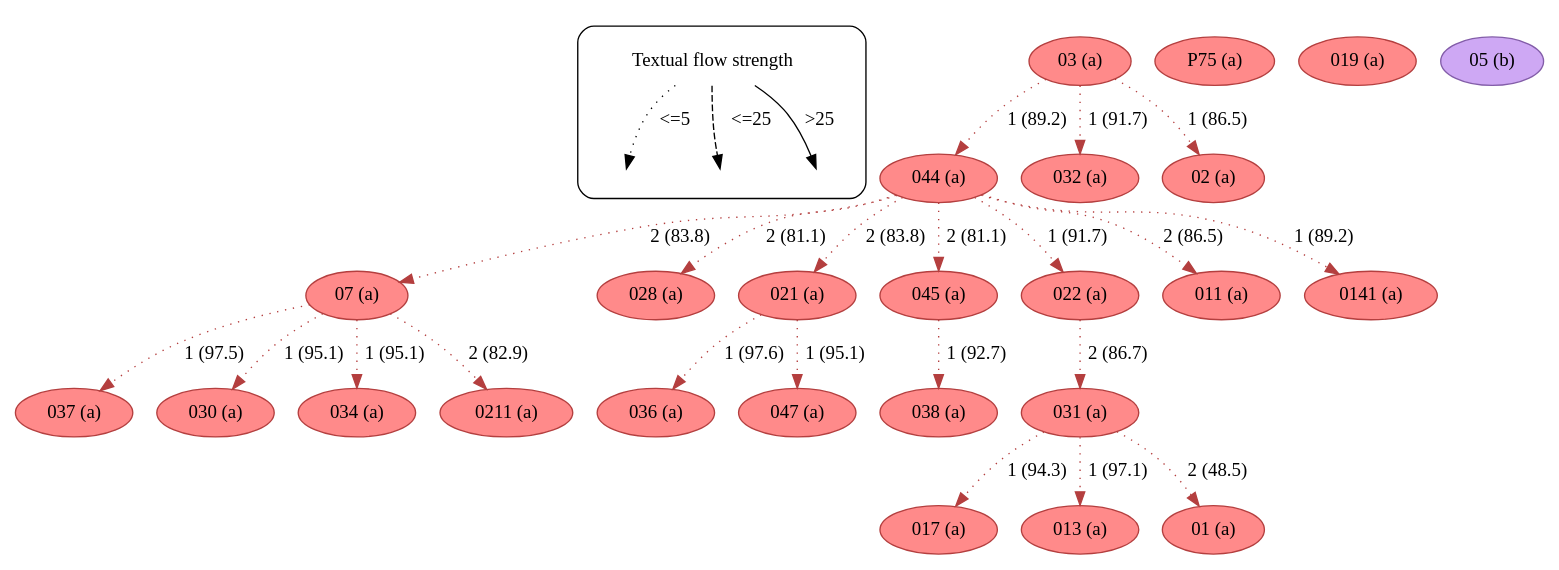
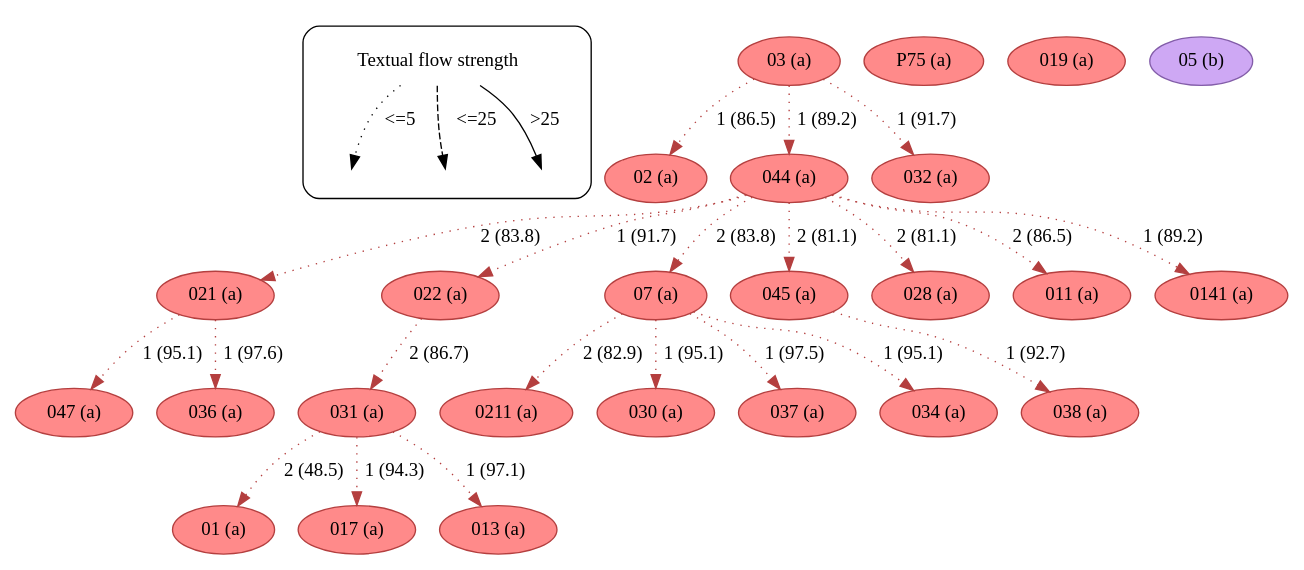
Before and after one commit to edmondac/CBGM: the diagram in example/c2/textual_flow_24_30-38_c2.dot, drawn with Graphviz. The commit also changed other lines of this file and 164 other files, not shown here.

```diff
--- a/example/c2/textual_flow_24_30-38_c2.dot
+++ b/example/c2/textual_flow_24_30-38_c2.dot
@@ -1,189 +1,189 @@
 strict digraph  {
 	node [label="\N"];
 	subgraph cluster_legend {
 		graph [style=rounded];
 		leg_s		 [label="Textual flow strength",
 			shape=plaintext];
 		leg_e1		 [fixedsize=True,
 			height=0.2,
 			label="",
 			style=invis];
 		leg_s -> leg_e1		 [label="<=5  ",
 			style=dotted];
 		leg_e2		 [fixedsize=True,
 			height=0.2,
 			label="",
 			style=invis];
 		leg_s -> leg_e2		 [label="  <=25",
 			style=dashed];
 		leg_e3		 [fixedsize=True,
 			height=0.2,
 			label="",
 			style=invis];
 		leg_s -> leg_e3		 [label=">25",
 			style=solid];
 	}
+	03	 [color="#b43f3f",
+		fillcolor="#FF8A8A",
+		label="03 (a)",
+		style=filled];
+	02	 [color="#b43f3f",
+		fillcolor="#FF8A8A",
+		label="02 (a)",
+		style=filled];
+	03 -> 02	 [color="#b43f3f",
+		label="1 (86.5)",
+		style=dotted];
 	044	 [color="#b43f3f",
 		fillcolor="#FF8A8A",
 		label="044 (a)",
 		style=filled];
+	03 -> 044	 [color="#b43f3f",
+		label="1 (89.2)",
+		style=dotted];
+	032	 [color="#b43f3f",
+		fillcolor="#FF8A8A",
+		label="032 (a)",
+		style=filled];
+	03 -> 032	 [color="#b43f3f",
+		label="1 (91.7)",
+		style=dotted];
+	031	 [color="#b43f3f",
+		fillcolor="#FF8A8A",
+		label="031 (a)",
+		style=filled];
+	01	 [color="#b43f3f",
+		fillcolor="#FF8A8A",
+		label="01 (a)",
+		style=filled];
+	031 -> 01	 [color="#b43f3f",
+		label="2 (48.5)",
+		style=dotted];
+	017	 [color="#b43f3f",
+		fillcolor="#FF8A8A",
+		label="017 (a)",
+		style=filled];
+	031 -> 017	 [color="#b43f3f",
+		label="1 (94.3)",
+		style=dotted];
+	013	 [color="#b43f3f",
+		fillcolor="#FF8A8A",
+		label="013 (a)",
+		style=filled];
+	031 -> 013	 [color="#b43f3f",
+		label="1 (97.1)",
+		style=dotted];
+	021	 [color="#b43f3f",
+		fillcolor="#FF8A8A",
+		label="021 (a)",
+		style=filled];
+	047	 [color="#b43f3f",
+		fillcolor="#FF8A8A",
+		label="047 (a)",
+		style=filled];
+	021 -> 047	 [color="#b43f3f",
+		label="1 (95.1)",
+		style=dotted];
+	036	 [color="#b43f3f",
+		fillcolor="#FF8A8A",
+		label="036 (a)",
+		style=filled];
+	021 -> 036	 [color="#b43f3f",
+		label="1 (97.6)",
+		style=dotted];
+	022	 [color="#b43f3f",
+		fillcolor="#FF8A8A",
+		label="022 (a)",
+		style=filled];
+	022 -> 031	 [color="#b43f3f",
+		label="2 (86.7)",
+		style=dotted];
+	044 -> 021	 [color="#b43f3f",
+		label="2 (83.8)",
+		style=dotted];
+	044 -> 022	 [color="#b43f3f",
+		label="1 (91.7)",
+		style=dotted];
 	07	 [color="#b43f3f",
 		fillcolor="#FF8A8A",
 		label="07 (a)",
 		style=filled];
 	044 -> 07	 [color="#b43f3f",
-		label="2 (83.8)",
-		style=dotted];
-	028	 [color="#b43f3f",
-		fillcolor="#FF8A8A",
-		label="028 (a)",
-		style=filled];
-	044 -> 028	 [color="#b43f3f",
-		label="2 (81.1)",
-		style=dotted];
-	021	 [color="#b43f3f",
-		fillcolor="#FF8A8A",
-		label="021 (a)",
-		style=filled];
-	044 -> 021	 [color="#b43f3f",
 		label="2 (83.8)",
 		style=dotted];
 	045	 [color="#b43f3f",
 		fillcolor="#FF8A8A",
 		label="045 (a)",
 		style=filled];
 	044 -> 045	 [color="#b43f3f",
 		label="2 (81.1)",
 		style=dotted];
-	022	 [color="#b43f3f",
+	028	 [color="#b43f3f",
 		fillcolor="#FF8A8A",
-		label="022 (a)",
+		label="028 (a)",
 		style=filled];
-	044 -> 022	 [color="#b43f3f",
-		label="1 (91.7)",
+	044 -> 028	 [color="#b43f3f",
+		label="2 (81.1)",
 		style=dotted];
 	011	 [color="#b43f3f",
 		fillcolor="#FF8A8A",
 		label="011 (a)",
 		style=filled];
 	044 -> 011	 [color="#b43f3f",
 		label="2 (86.5)",
 		style=dotted];
 	0141	 [color="#b43f3f",
 		fillcolor="#FF8A8A",
 		label="0141 (a)",
 		style=filled];
 	044 -> 0141	 [color="#b43f3f",
 		label="1 (89.2)",
 		style=dotted];
-	037	 [color="#b43f3f",
+	0211	 [color="#b43f3f",
 		fillcolor="#FF8A8A",
-		label="037 (a)",
+		label="0211 (a)",
 		style=filled];
-	07 -> 037	 [color="#b43f3f",
-		label="1 (97.5)",
+	07 -> 0211	 [color="#b43f3f",
+		label="2 (82.9)",
 		style=dotted];
 	030	 [color="#b43f3f",
 		fillcolor="#FF8A8A",
 		label="030 (a)",
 		style=filled];
 	07 -> 030	 [color="#b43f3f",
 		label="1 (95.1)",
 		style=dotted];
+	037	 [color="#b43f3f",
+		fillcolor="#FF8A8A",
+		label="037 (a)",
+		style=filled];
+	07 -> 037	 [color="#b43f3f",
+		label="1 (97.5)",
+		style=dotted];
 	034	 [color="#b43f3f",
 		fillcolor="#FF8A8A",
 		label="034 (a)",
 		style=filled];
 	07 -> 034	 [color="#b43f3f",
 		label="1 (95.1)",
 		style=dotted];
-	0211	 [color="#b43f3f",
-		fillcolor="#FF8A8A",
-		label="0211 (a)",
-		style=filled];
-	07 -> 0211	 [color="#b43f3f",
-		label="2 (82.9)",
-		style=dotted];
-	036	 [color="#b43f3f",
-		fillcolor="#FF8A8A",
-		label="036 (a)",
-		style=filled];
-	021 -> 036	 [color="#b43f3f",
-		label="1 (97.6)",
-		style=dotted];
-	047	 [color="#b43f3f",
-		fillcolor="#FF8A8A",
-		label="047 (a)",
-		style=filled];
-	021 -> 047	 [color="#b43f3f",
-		label="1 (95.1)",
-		style=dotted];
-	03	 [color="#b43f3f",
-		fillcolor="#FF8A8A",
-		label="03 (a)",
-		style=filled];
-	03 -> 044	 [color="#b43f3f",
-		label="1 (89.2)",
-		style=dotted];
-	032	 [color="#b43f3f",
-		fillcolor="#FF8A8A",
-		label="032 (a)",
-		style=filled];
-	03 -> 032	 [color="#b43f3f",
-		label="1 (91.7)",
-		style=dotted];
-	02	 [color="#b43f3f",
-		fillcolor="#FF8A8A",
-		label="02 (a)",
-		style=filled];
-	03 -> 02	 [color="#b43f3f",
-		label="1 (86.5)",
-		style=dotted];
 	038	 [color="#b43f3f",
 		fillcolor="#FF8A8A",
 		label="038 (a)",
 		style=filled];
 	045 -> 038	 [color="#b43f3f",
 		label="1 (92.7)",
-		style=dotted];
-	031	 [color="#b43f3f",
-		fillcolor="#FF8A8A",
-		label="031 (a)",
-		style=filled];
-	017	 [color="#b43f3f",
-		fillcolor="#FF8A8A",
-		label="017 (a)",
-		style=filled];
-	031 -> 017	 [color="#b43f3f",
-		label="1 (94.3)",
-		style=dotted];
-	013	 [color="#b43f3f",
-		fillcolor="#FF8A8A",
-		label="013 (a)",
-		style=filled];
-	031 -> 013	 [color="#b43f3f",
-		label="1 (97.1)",
-		style=dotted];
-	01	 [color="#b43f3f",
-		fillcolor="#FF8A8A",
-		label="01 (a)",
-		style=filled];
-	031 -> 01	 [color="#b43f3f",
-		label="2 (48.5)",
-		style=dotted];
-	022 -> 031	 [color="#b43f3f",
-		label="2 (86.7)",
 		style=dotted];
 	P75	 [color="#b43f3f",
 		fillcolor="#FF8A8A",
 		label="P75 (a)",
 		style=filled];
 	019	 [color="#b43f3f",
 		fillcolor="#FF8A8A",
 		label="019 (a)",
 		style=filled];
 	05	 [color="#835da9",
 		fillcolor="#CEA8F4",
 		label="05 (b)",
 		style=filled];
 }
```
